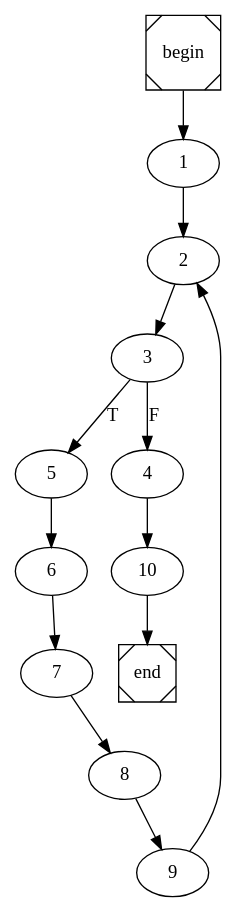
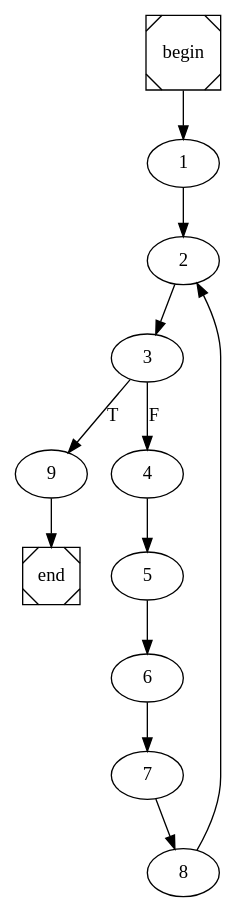
Before and after one commit to arubenruben/JMM-Compiler: the diagram in print_int_arr.dot, drawn with Graphviz. The commit also changed 11 other files, not shown here.

```diff
--- a/print_int_arr.dot
+++ b/print_int_arr.dot
@@ -1,4 +1,4 @@
 digraph cfg {
 	begin [shape=Msquare];
 	end [shape=Msquare];
-	begin -> 1;	1 -> 2;	2 -> 3;	3 -> 5[label=T];	3 -> 4[label=F];	4 -> 10;	5 -> 6;	6 -> 7;	7 -> 8;	8 -> 9;	9 -> 2;	10 -> end;}
+	begin -> 1;	1 -> 2;	2 -> 3;	3 -> 9[label=T];	3 -> 4[label=F];	4 -> 5;	5 -> 6;	6 -> 7;	7 -> 8;	8 -> 2;	9 -> end;}
```
